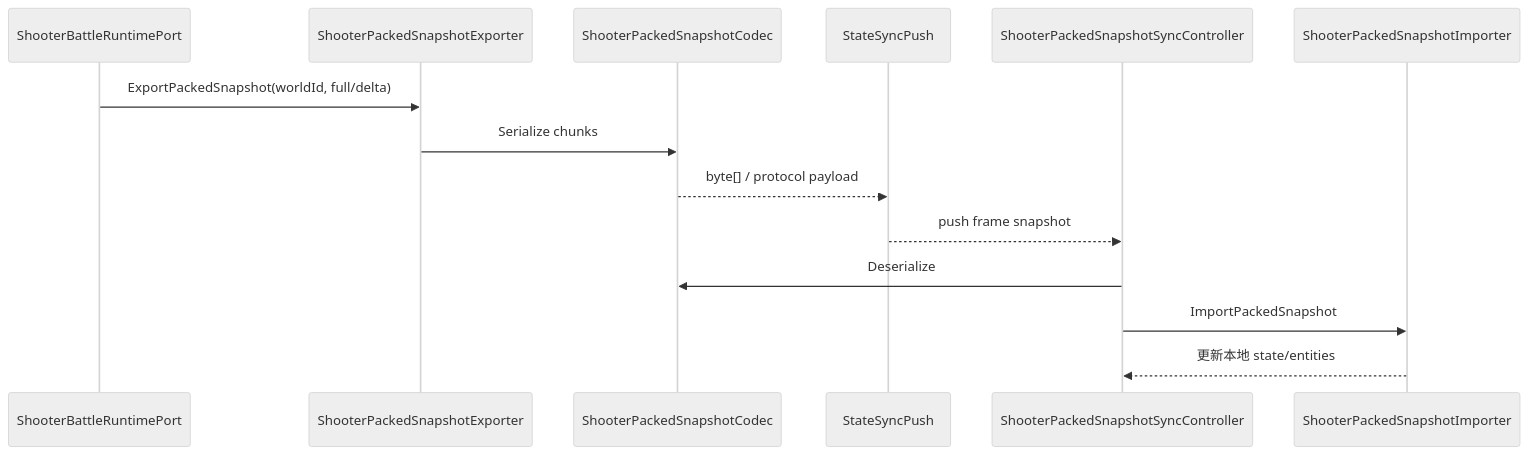
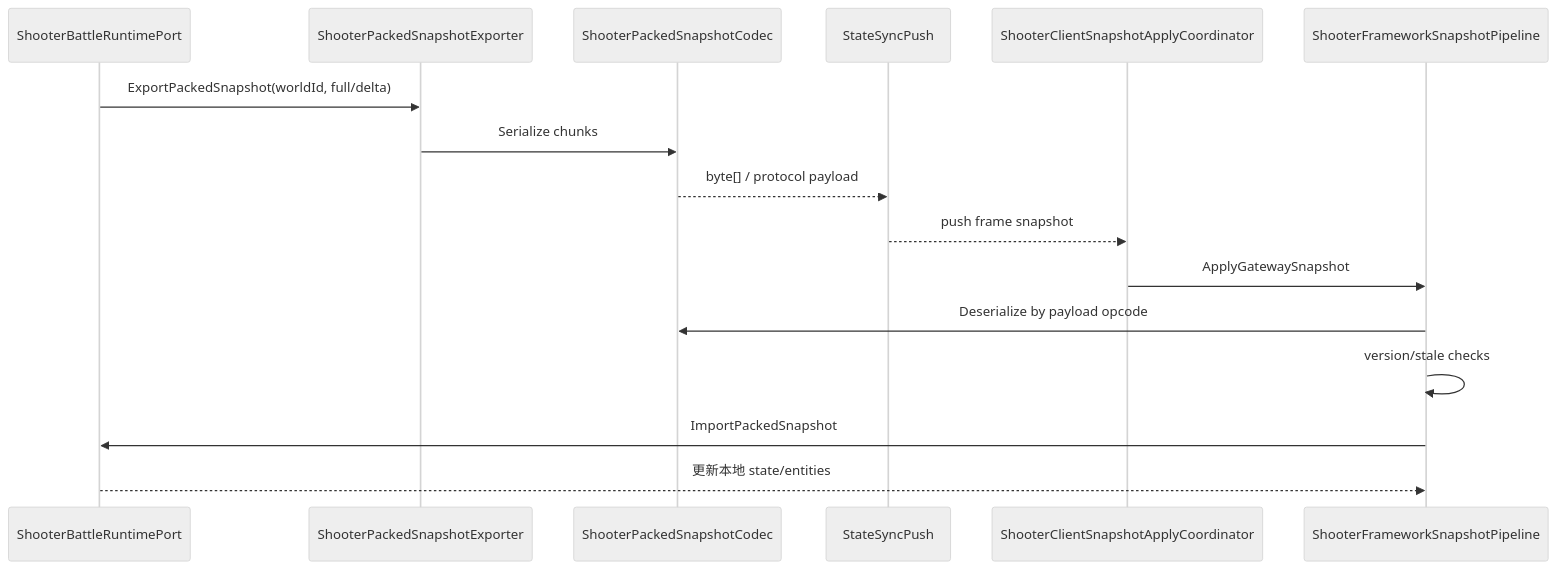
Before and after one commit to HOBOBO/AbilityKit: the fourth of 6 diagrams in Docs/design/09-ImplementationExamples/Shooter/08-NetworkModulesDeepDive.md, drawn with Mermaid (neutral theme). The commit also changed other lines of this file and 117 other files, not shown here.

````diff
--- a/Docs/design/09-ImplementationExamples/Shooter/08-NetworkModulesDeepDive.md
+++ b/Docs/design/09-ImplementationExamples/Shooter/08-NetworkModulesDeepDive.md
@@ -143,17 +148,19 @@
 ```mermaid
 sequenceDiagram
     participant Runtime as ShooterBattleRuntimePort
     participant Exporter as ShooterPackedSnapshotExporter
     participant Codec as ShooterPackedSnapshotCodec
     participant Gateway as StateSyncPush
-    participant Client as ShooterPackedSnapshotSyncController
-    participant Importer as ShooterPackedSnapshotImporter
+    participant Coordinator as ShooterClientSnapshotApplyCoordinator
+    participant Pipeline as ShooterFrameworkSnapshotPipeline
 
     Runtime->>Exporter: ExportPackedSnapshot(worldId, full/delta)
     Exporter->>Codec: Serialize chunks
     Codec-->>Gateway: byte[] / protocol payload
-    Gateway-->>Client: push frame snapshot
-    Client->>Codec: Deserialize
-    Client->>Importer: ImportPackedSnapshot
-    Importer-->>Client: 更新本地 state/entities
+    Gateway-->>Coordinator: push frame snapshot
+    Coordinator->>Pipeline: ApplyGatewaySnapshot
+    Pipeline->>Codec: Deserialize by payload opcode
+    Pipeline->>Pipeline: version/stale checks
+    Pipeline->>Runtime: ImportPackedSnapshot
+    Runtime-->>Pipeline: 更新本地 state/entities
 ```
````
